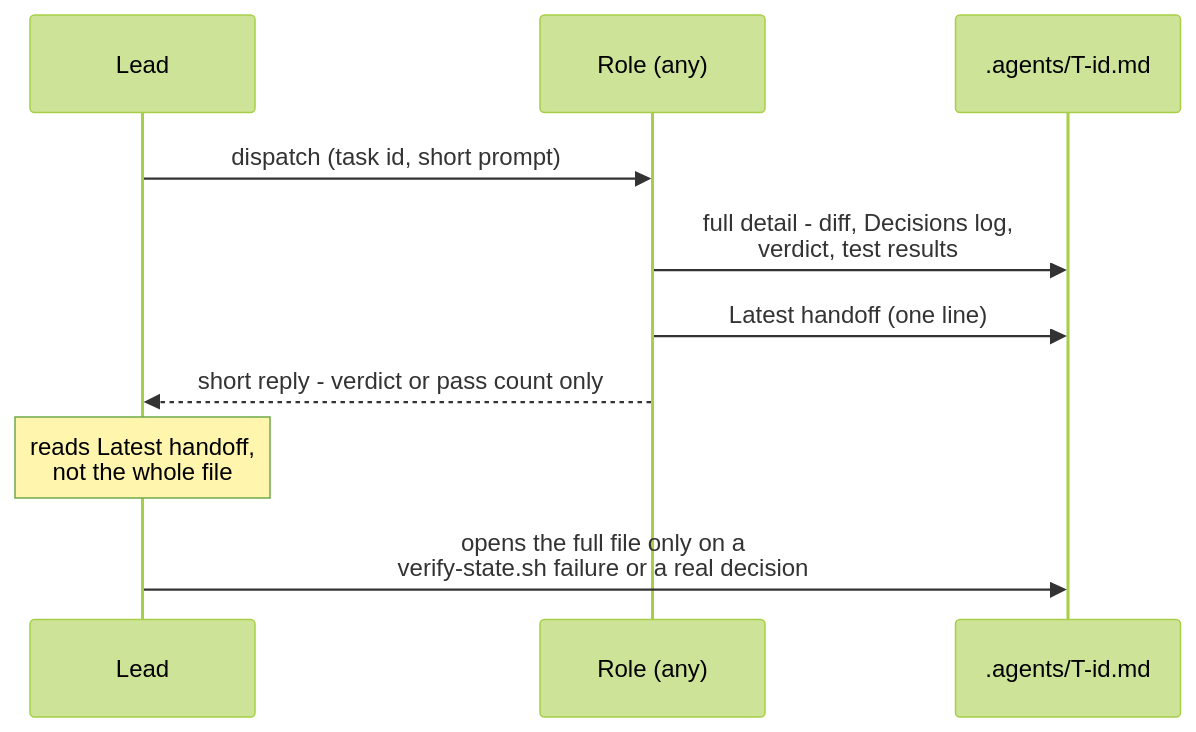
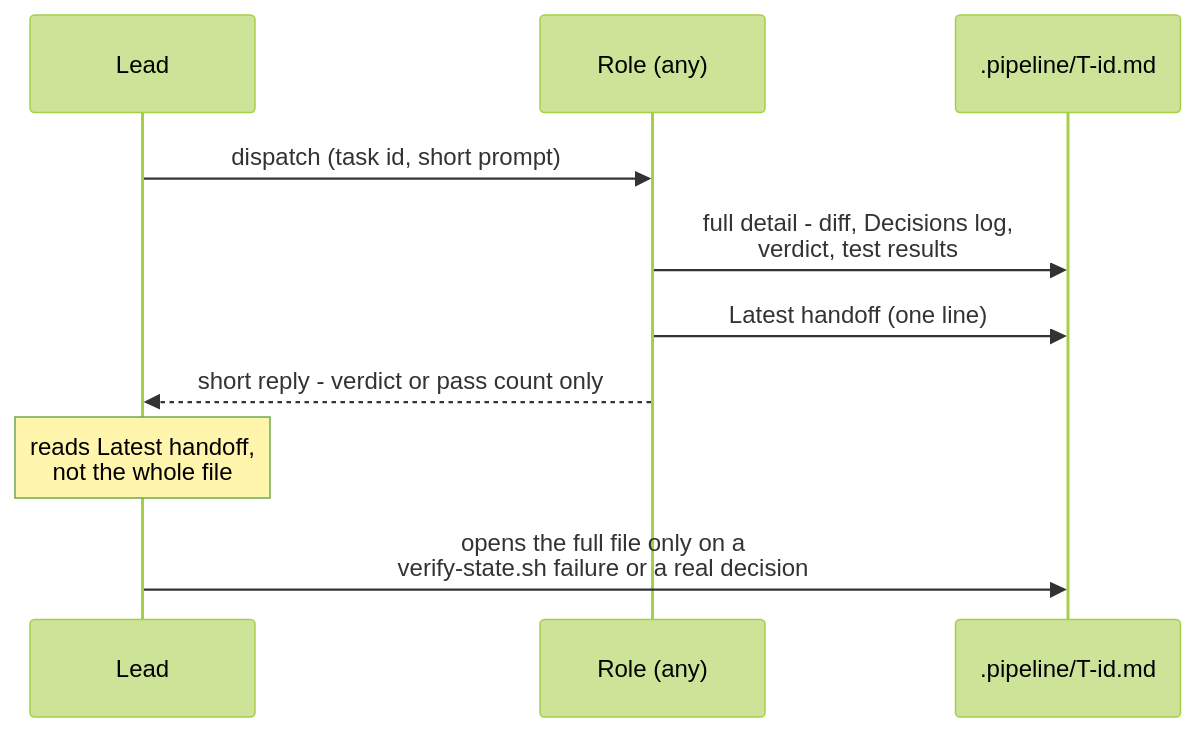
The second of 3 diagrams in README.md (MShokry/agent-toolkit), drawn with Mermaid (forest theme) before and after one commit. The commit also changed other lines of this file and 41 other files, not shown here.

````diff
--- a/README.md
+++ b/README.md
@@ -47,13 +53,13 @@
 ```mermaid
 sequenceDiagram
     participant Lead
     participant Role as Role (any)
-    participant File as .agents/T-id.md
+    participant File as .pipeline/T-id.md
 
     Lead->>Role: dispatch (task id, short prompt)
     Role->>File: full detail - diff, Decisions log,<br/>verdict, test results
     Role->>File: Latest handoff (one line)
     Role-->>Lead: short reply - verdict or pass count only
     Note over Lead: reads Latest handoff,<br/>not the whole file
     Lead->>File: opens the full file only on a<br/>verify-state.sh failure or a real decision
 ```
````
